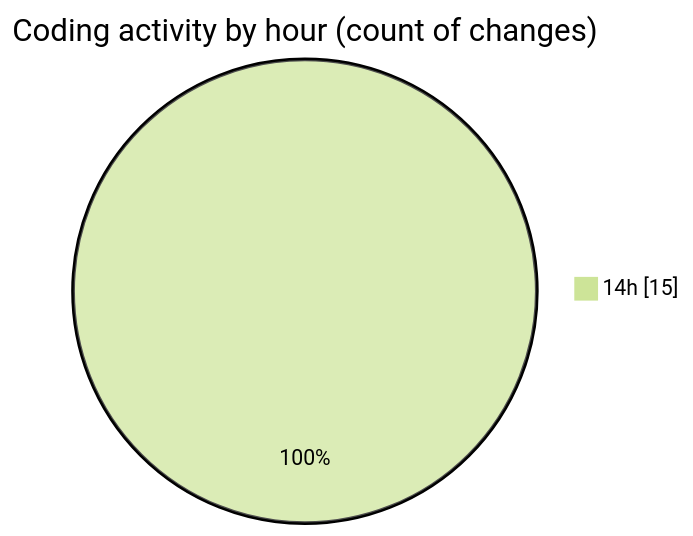
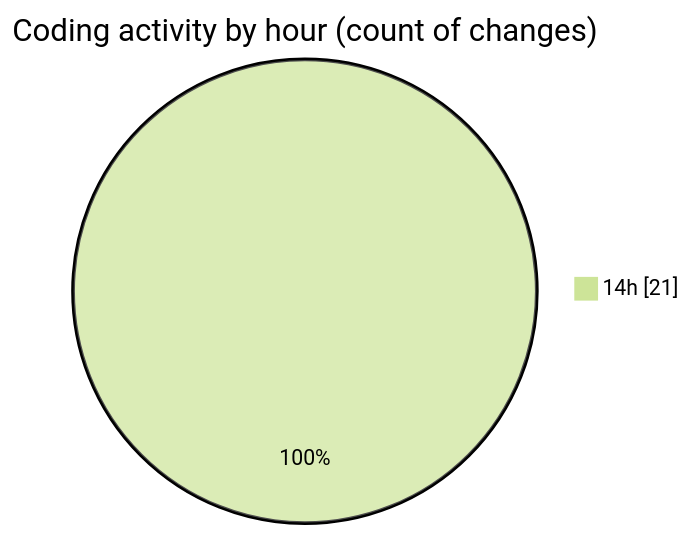
The second of 2 diagrams in 2025-07-14/urlwebwala_intership_work/README.md (Ritupan-Deka/code-tracking), drawn with Mermaid (forest theme) before and after one commit. The commit also changed other lines of this file and 1 other file, not shown here.

````diff
--- a/2025-07-14/urlwebwala_intership_work/README.md
+++ b/2025-07-14/urlwebwala_intership_work/README.md
@@ -28,5 +28,5 @@
 ```mermaid
 pie showData
 title Coding activity by hour (count of changes)
-"14h" : 15
+"14h" : 21
 ```
````
